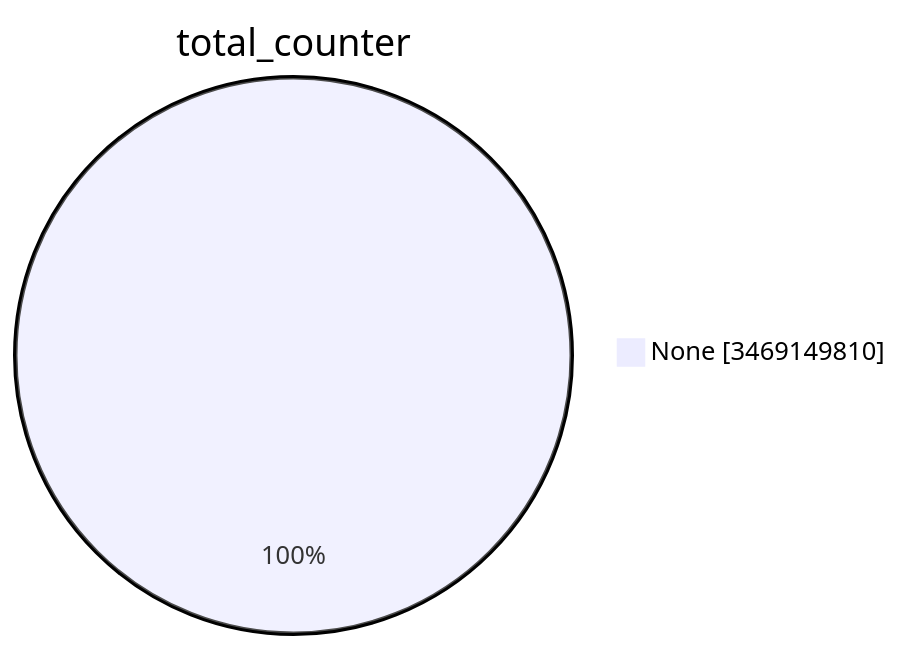
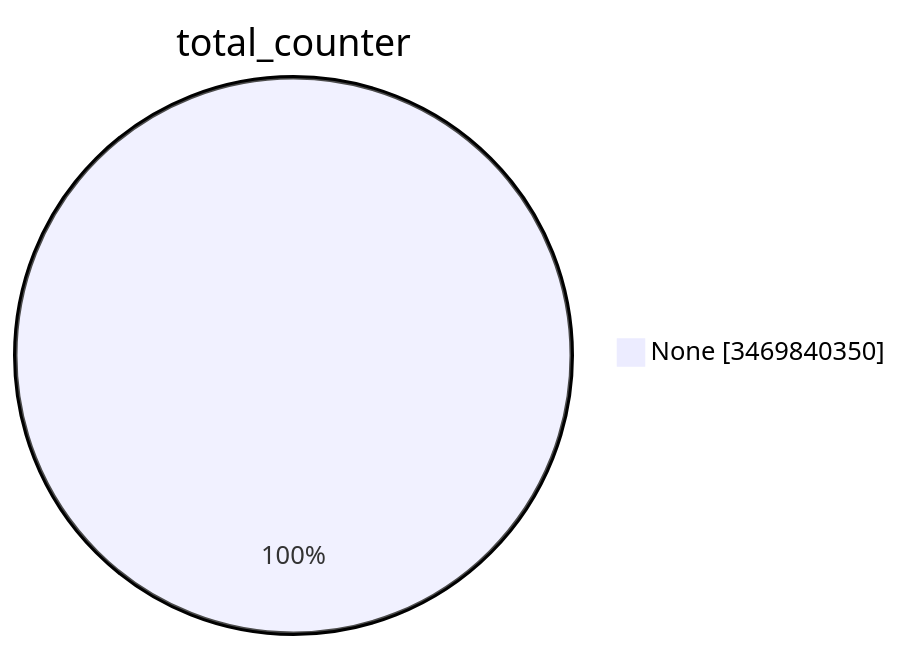
Before and after one commit to christiankrug/ctmonitor_visualization: the first of 15 diagrams in TOTAL/README.md, drawn with Mermaid. The commit also changed other lines of this file, not shown here.

````diff
--- a/TOTAL/README.md
+++ b/TOTAL/README.md
@@ -1,5 +1,5 @@
 ```mermaid
 pie showData
 title total_counter
-"None" :3469149810
+"None" :3469840350
 ```
````
